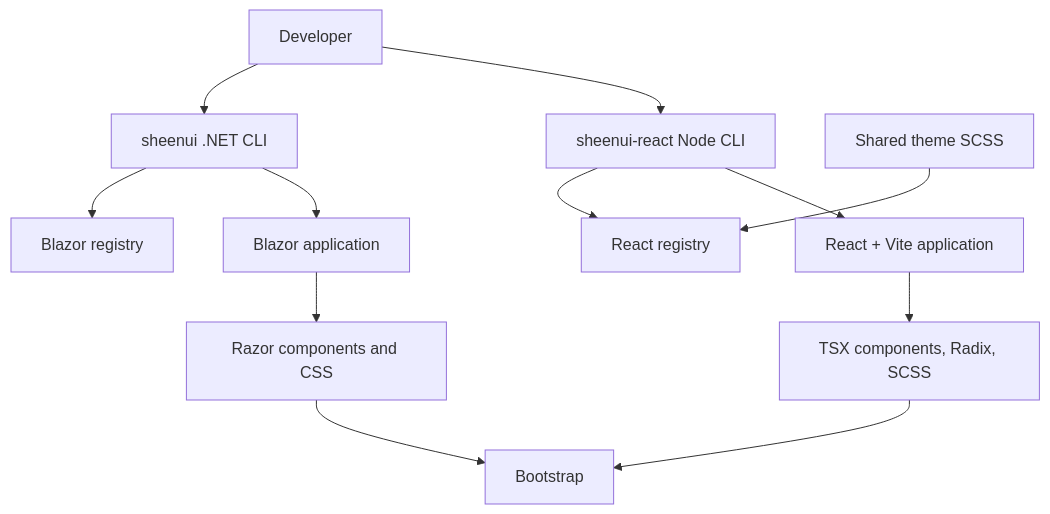
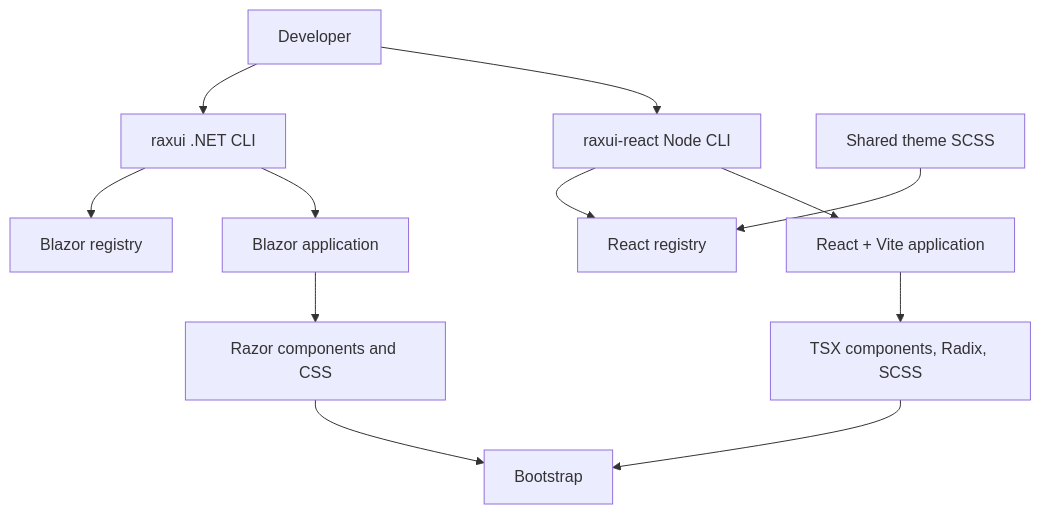
One commit to raxui/RaxUI changed the diagram in ARCHITECTURE.md. Above: the diagram before and after it, drawn with Mermaid. The commit also changed other lines of this file and 903 other files, not shown here.

````diff
--- a/ARCHITECTURE.md
+++ b/ARCHITECTURE.md
@@ -33,14 +33,14 @@
 ```mermaid
 flowchart TD
-    Dev[Developer] --> DotnetCLI[sheenui .NET CLI]
-    Dev --> NodeCLI[sheenui-react Node CLI]
+    Dev[Developer] --> DotnetCLI[raxui .NET CLI]
+    Dev --> NodeCLI[raxui-react Node CLI]
     Theme[Shared theme SCSS] --> ReactRegistry
     DotnetCLI --> BlazorRegistry[Blazor registry]
     NodeCLI --> ReactRegistry[React registry]
     DotnetCLI --> BlazorApp[Blazor application]
     NodeCLI --> ReactApp[React + Vite application]
     BlazorApp --> Razor[Razor components and CSS]
     ReactApp --> Tsx[TSX components, Radix, SCSS]
     Razor --> Bootstrap[Bootstrap]
     Tsx --> Bootstrap
 ```
````
